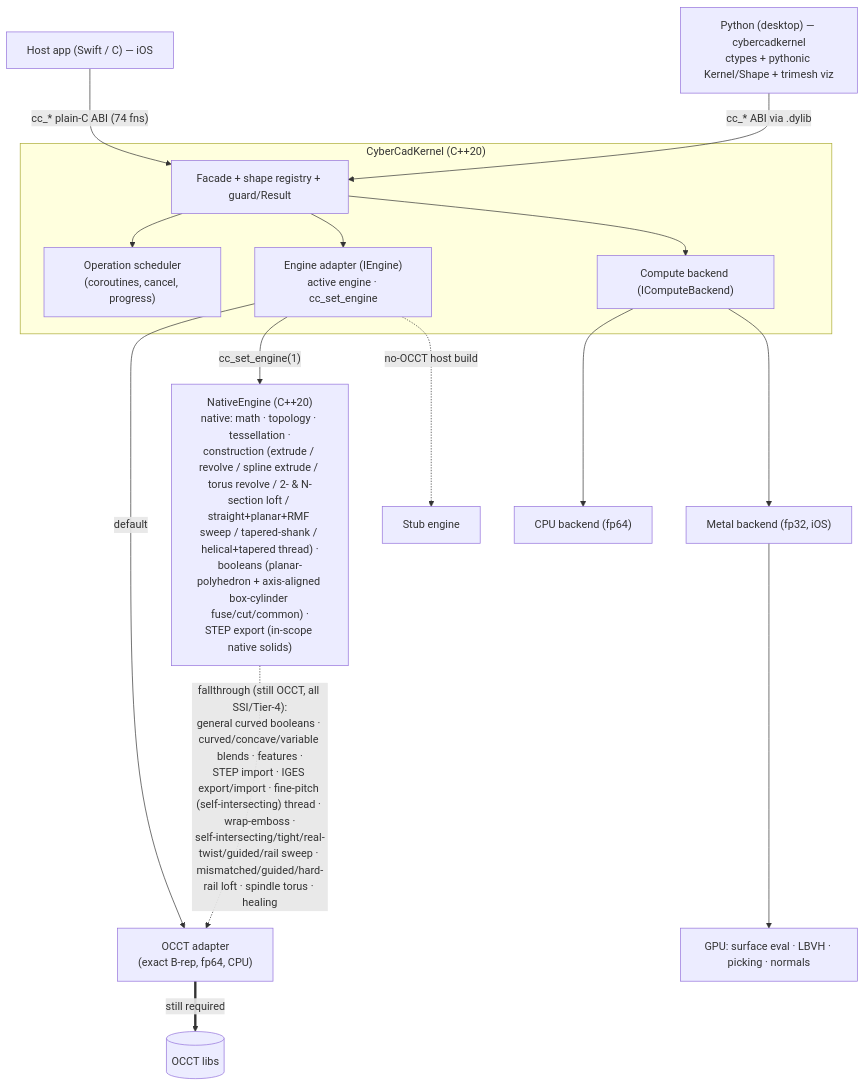
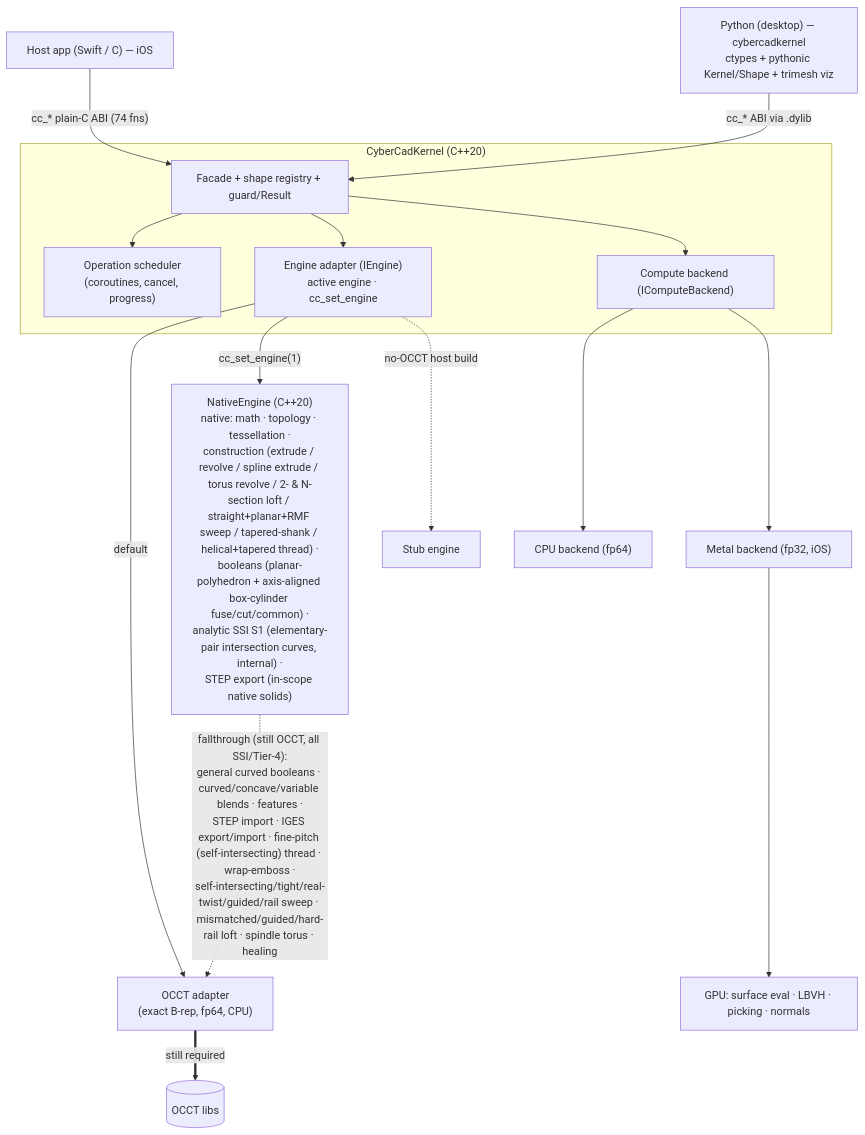
Before and after one commit to CyberdyneCorp/CyberCadKernel: the diagram in README.md, drawn with Mermaid. The commit also changed other lines of this file and 23 other files, not shown here.

````diff
--- a/README.md
+++ b/README.md
@@ -33,27 +33,27 @@
 ```mermaid
 flowchart TD
     App["Host app (Swift / C) — iOS"] -->|"cc_* plain-C ABI (74 fns)"| Facade
     Py["Python (desktop) — cybercadkernel<br/>ctypes + pythonic Kernel/Shape + trimesh viz"] -->|"cc_* ABI via .dylib"| Facade
 
     subgraph Kernel["CyberCadKernel (C++20)"]
         Facade["Facade + shape registry + guard/Result"]
         Sched["Operation scheduler<br/>(coroutines, cancel, progress)"]
         Engine["Engine adapter (IEngine)<br/>active engine · cc_set_engine"]
         Compute["Compute backend (IComputeBackend)"]
 
         Facade --> Sched
         Facade --> Engine
         Facade --> Compute
     end
 
     Engine -->|"default"| OCCT["OCCT adapter<br/>(exact B-rep, fp64, CPU)"]
-    Engine -->|"cc_set_engine(1)"| Native["NativeEngine (C++20)<br/>native: math · topology · tessellation ·<br/>construction (extrude / revolve / spline extrude / torus revolve / 2- &amp; N-section loft / straight+planar+RMF sweep / tapered-shank / helical+tapered thread) ·<br/>booleans (planar-polyhedron + axis-aligned box-cylinder fuse/cut/common) ·<br/>STEP export (in-scope native solids)"]
+    Engine -->|"cc_set_engine(1)"| Native["NativeEngine (C++20)<br/>native: math · topology · tessellation ·<br/>construction (extrude / revolve / spline extrude / torus revolve / 2- &amp; N-section loft / straight+planar+RMF sweep / tapered-shank / helical+tapered thread) ·<br/>booleans (planar-polyhedron + axis-aligned box-cylinder fuse/cut/common) ·<br/>analytic SSI S1 (elementary-pair intersection curves, internal) ·<br/>STEP export (in-scope native solids)"]
     Engine -.->|"no-OCCT host build"| Stub["Stub engine"]
 
     Native -.->|"fallthrough (still OCCT, all SSI/Tier-4):<br/>general curved booleans · curved/concave/variable blends · features ·<br/>STEP import · IGES export/import · fine-pitch (self-intersecting) thread · wrap-emboss ·<br/>self-intersecting/tight/real-twist/guided/rail sweep · mismatched/guided/hard-rail loft · spindle torus · healing"| OCCT
     OCCT ==>|"still required"| OCCTlib[("OCCT libs")]
 
     Compute --> CPUb["CPU backend (fp64)"]
     Compute --> Metal["Metal backend (fp32, iOS)"]
     Metal --> GPU["GPU: surface eval · LBVH · picking · normals"]
 ```
````
